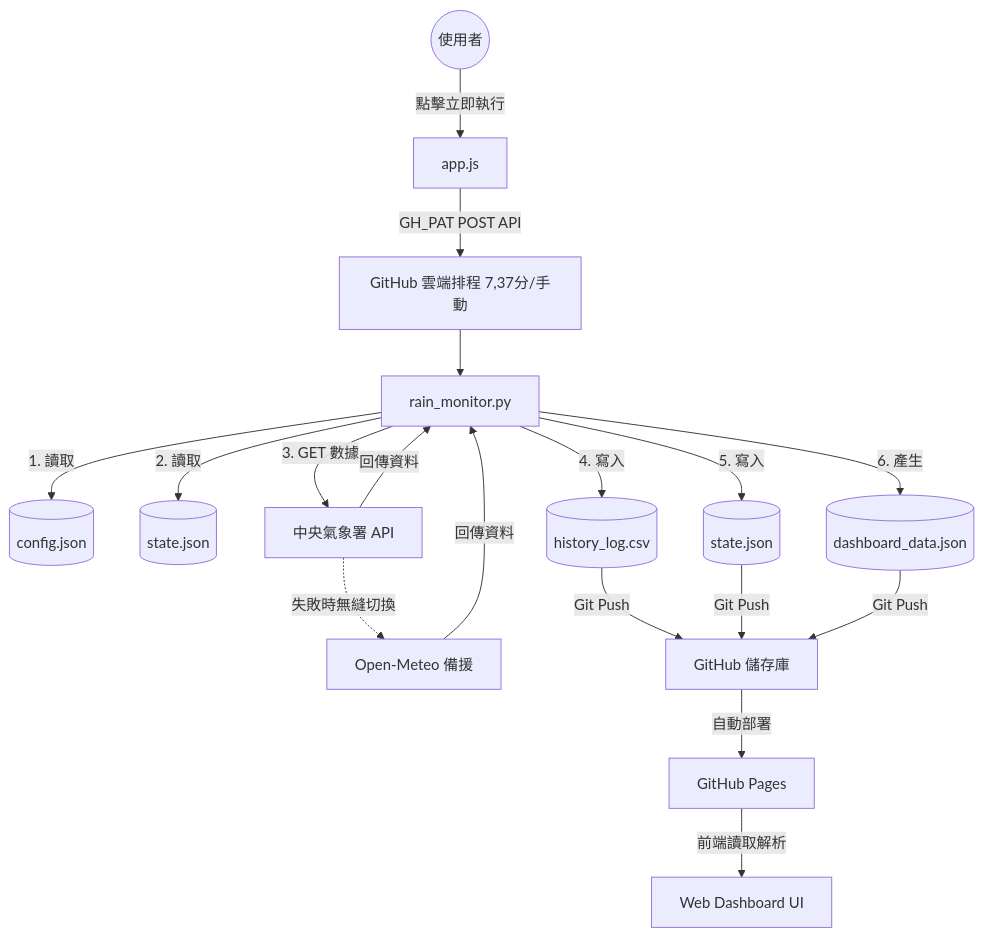
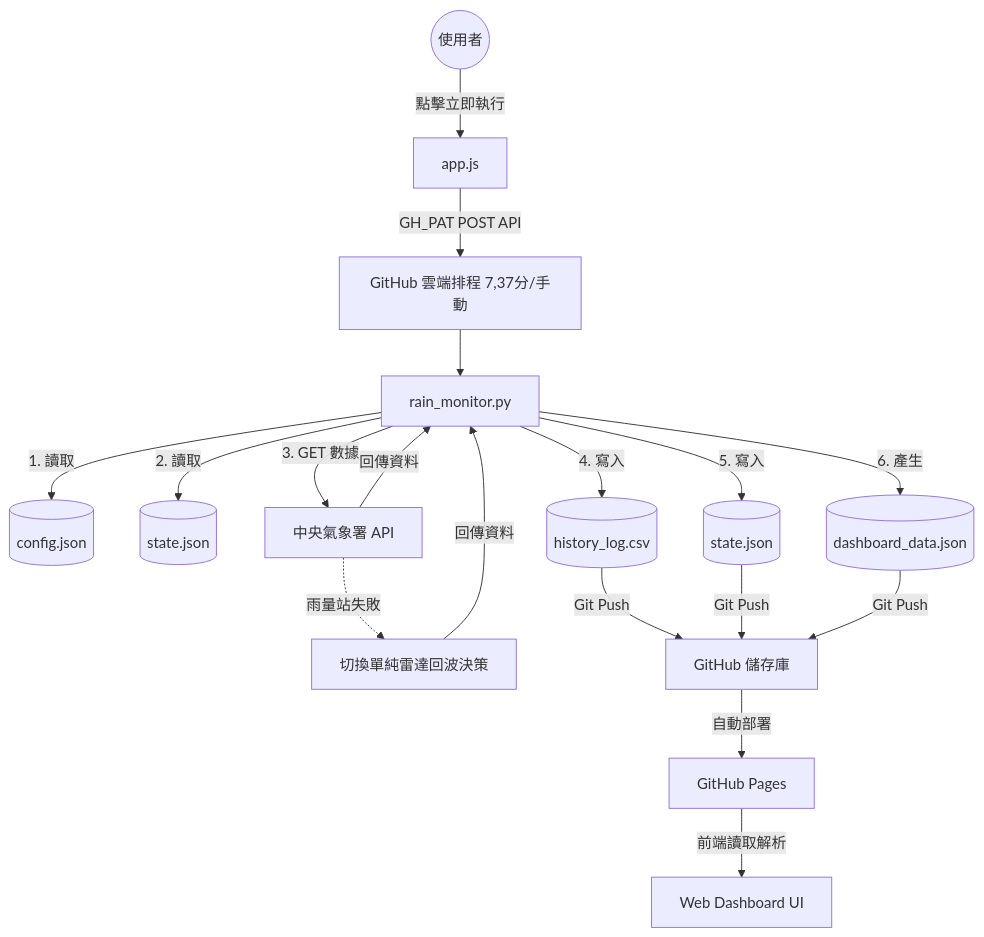
Before and after one commit to fuyoung205122/company-line-notify: the diagram in AI_CONTEXT.md, drawn with Mermaid. The commit also changed other lines of this file and 2 other files, not shown here.

Commit message:
feat!: remove Open-Meteo fallback mechanism

````diff
--- a/AI_CONTEXT.md
+++ b/AI_CONTEXT.md
@@ -55,25 +55,25 @@
 ```mermaid
 graph TD
     User((使用者)) -->|點擊立即執行| JS[app.js]
     JS -->|GH_PAT POST API| Trigger
     
     Trigger[GitHub 雲端排程 7,37分/手動] --> Exec[rain_monitor.py]
     Exec -->|1. 讀取| Config[(config.json)]
     Exec -->|2. 讀取| State[(state.json)]
     Exec -->|3. GET 數據| CWA[中央氣象署 API]
-    CWA -.->|失敗時無縫切換| OpenMeteo[Open-Meteo 備援]
+    CWA -.->|雨量站失敗| RadarOnly[切換單純雷達回波決策]
     
     CWA -->|回傳資料| Exec
-    OpenMeteo -->|回傳資料| Exec
+    RadarOnly -->|回傳資料| Exec
 
     Exec -->|4. 寫入| History[(history_log.csv)]
     Exec -->|5. 寫入| StateOut[(state.json)]
     Exec -->|6. 產生| DashData[(dashboard_data.json)]
     
     History -->|Git Push| GitHub[GitHub 儲存庫]
     StateOut -->|Git Push| GitHub
     DashData -->|Git Push| GitHub
     
     GitHub -->|自動部署| Pages[GitHub Pages]
     Pages -->|前端讀取解析| Dashboard[Web Dashboard UI]
 ```
````
